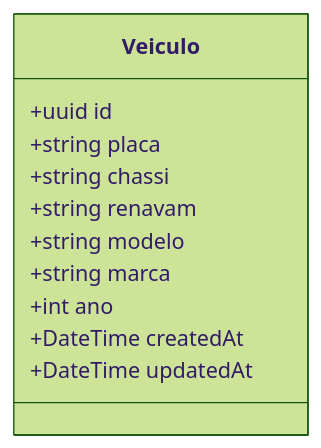
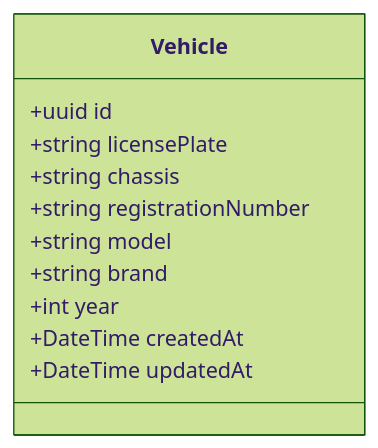
Before and after one commit to jerfsonsilva/vehicle-management: the diagram in backend/docs/uml-veiculo.md, drawn with Mermaid (forest theme). The commit also changed other lines of this file and 24 other files, not shown here.

````diff
--- a/backend/docs/uml-veiculo.md
+++ b/backend/docs/uml-veiculo.md
@@ -3,14 +3,14 @@
 ```mermaid
 classDiagram
-class Veiculo {
+class Vehicle {
   +uuid id
-  +string placa
-  +string chassi
-  +string renavam
-  +string modelo
-  +string marca
-  +int ano
+  +string licensePlate
+  +string chassis
+  +string registrationNumber
+  +string model
+  +string brand
+  +int year
   +DateTime createdAt
   +DateTime updatedAt
 }
 ```
````
